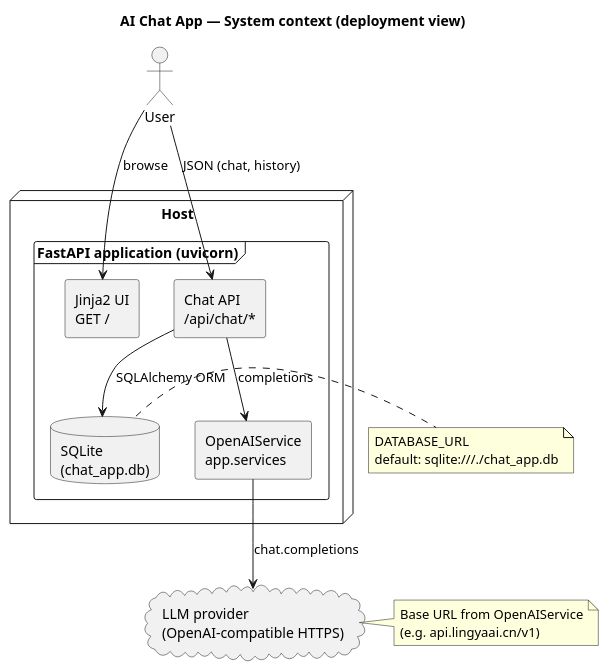
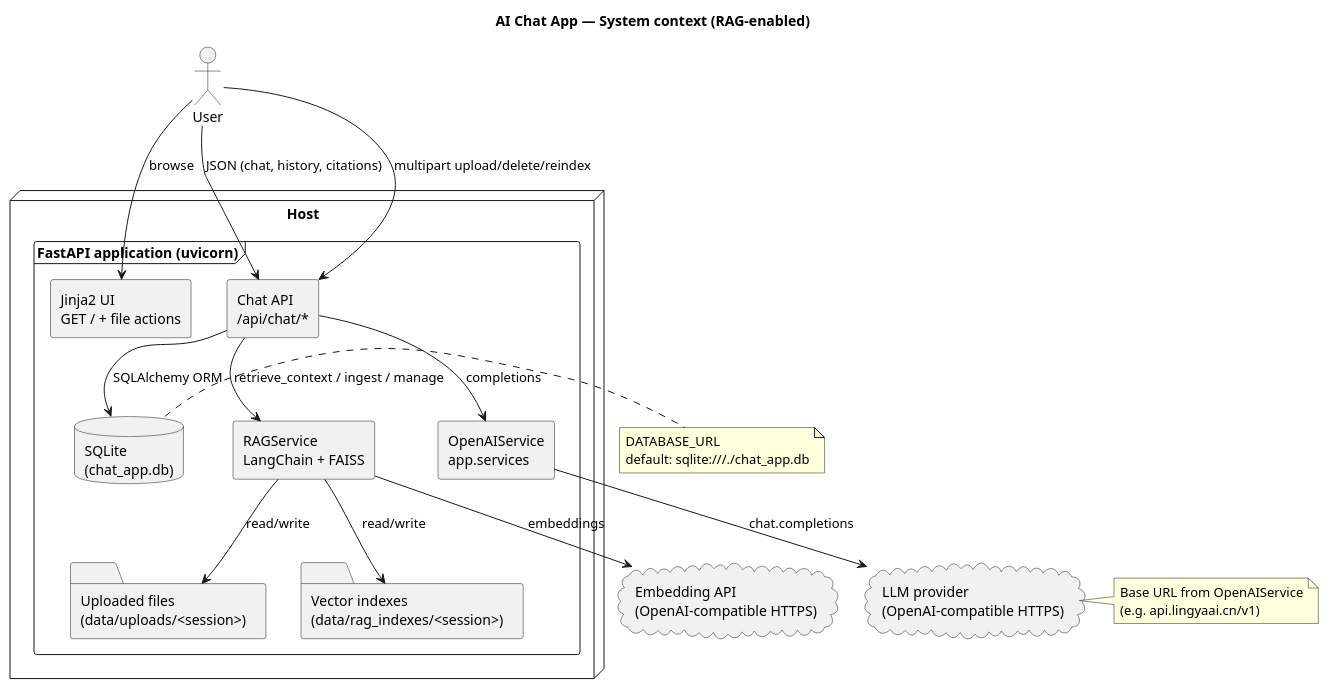
Before and after one commit to fairywell28/Ai-Chat-App: the first of 6 diagrams in uml/ai-chat-app.puml, drawn with PlantUML. The commit also changed other lines of this file and 8 other files, not shown here.

```diff
--- a/uml/ai-chat-app.puml
+++ b/uml/ai-chat-app.puml
@@ -1,32 +1,41 @@
 @startuml AI-Chat-App_System_Context
-title AI Chat App — System context (deployment view)
+title AI Chat App — System context (RAG-enabled)
 skinparam componentStyle rectangle
 skinparam shadowing false
 
 actor "User" as user
 node "Host" {
   frame "FastAPI application (uvicorn)" {
-    component [Jinja2 UI\nGET /] as ui
+    component [Jinja2 UI\nGET / + file actions] as ui
     component [Chat API\n/api/chat/*] as chatapi
     component [OpenAIService\napp.services] as oa
+    component [RAGService\nLangChain + FAISS] as rag
     database "SQLite\n(chat_app.db)" as sql
+    folder "Uploaded files\n(data/uploads/<session>)" as files
+    folder "Vector indexes\n(data/rag_indexes/<session>)" as index
   }
 }
 cloud "LLM provider\n(OpenAI-compatible HTTPS)" as llm
+cloud "Embedding API\n(OpenAI-compatible HTTPS)" as emb
 
 user --> ui : browse
-user --> chatapi : JSON (chat, history)
+user --> chatapi : JSON (chat, history, citations)
+user --> chatapi : multipart upload/delete/reindex
 chatapi --> oa : completions
+chatapi --> rag : retrieve_context / ingest / manage
 chatapi --> sql : SQLAlchemy ORM
+rag --> files : read/write
+rag --> index : read/write
 oa --> llm : chat.completions
+rag --> emb : embeddings
 
 note right of sql
   DATABASE_URL
   default: sqlite:///./chat_app.db
 end note
 
 note right of llm
   Base URL from OpenAIService
   (e.g. api.lingyaai.cn/v1)
 end note
 @enduml
```
